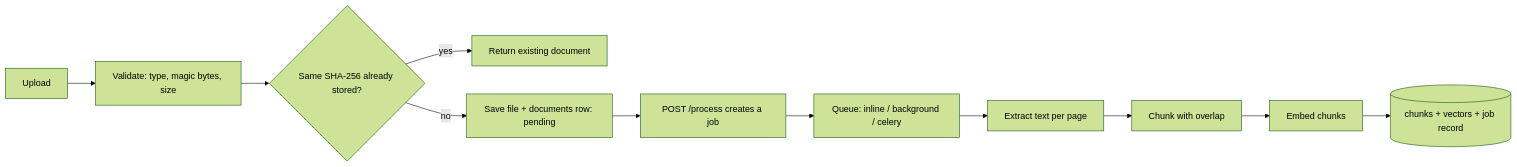
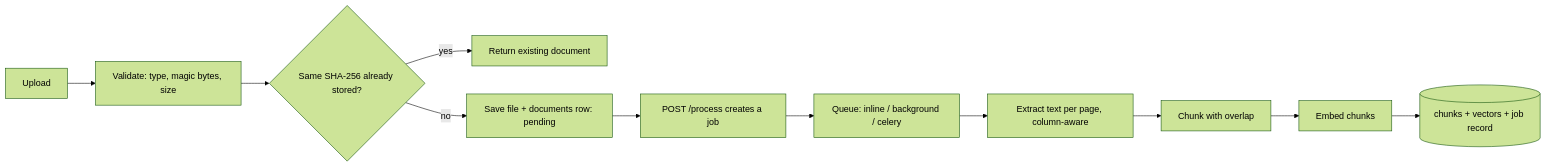
Before and after one commit to rajvyas72002/vault-document-system: the first of 2 diagrams in README.md, drawn with Mermaid (forest theme). The commit also changed other lines of this file and 7 other files, not shown here.

First line of the commit message:
Update docs: LangChain, evaluation, feedback, architecture diagram

````diff
--- a/README.md
+++ b/README.md
@@ -44,13 +39,13 @@
 ```mermaid
 flowchart LR
     U[Upload] --> V[Validate: type, magic bytes, size]
     V --> H{Same SHA-256 already stored?}
     H -- yes --> D[Return existing document]
     H -- no --> S[Save file + documents row: pending]
     S --> P[POST /process creates a job]
     P --> Q[Queue: inline / background / celery]
-    Q --> X[Extract text per page]
+    Q --> X[Extract text per page, column-aware]
     X --> K[Chunk with overlap]
     K --> E[Embed chunks]
     E --> DB[(chunks + vectors + job record)]
 ```
````
